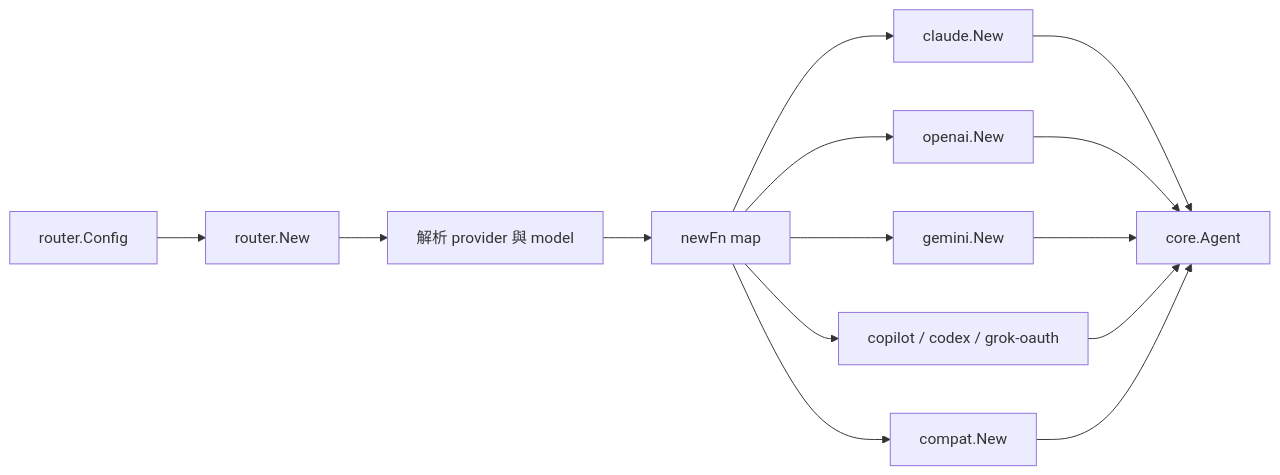
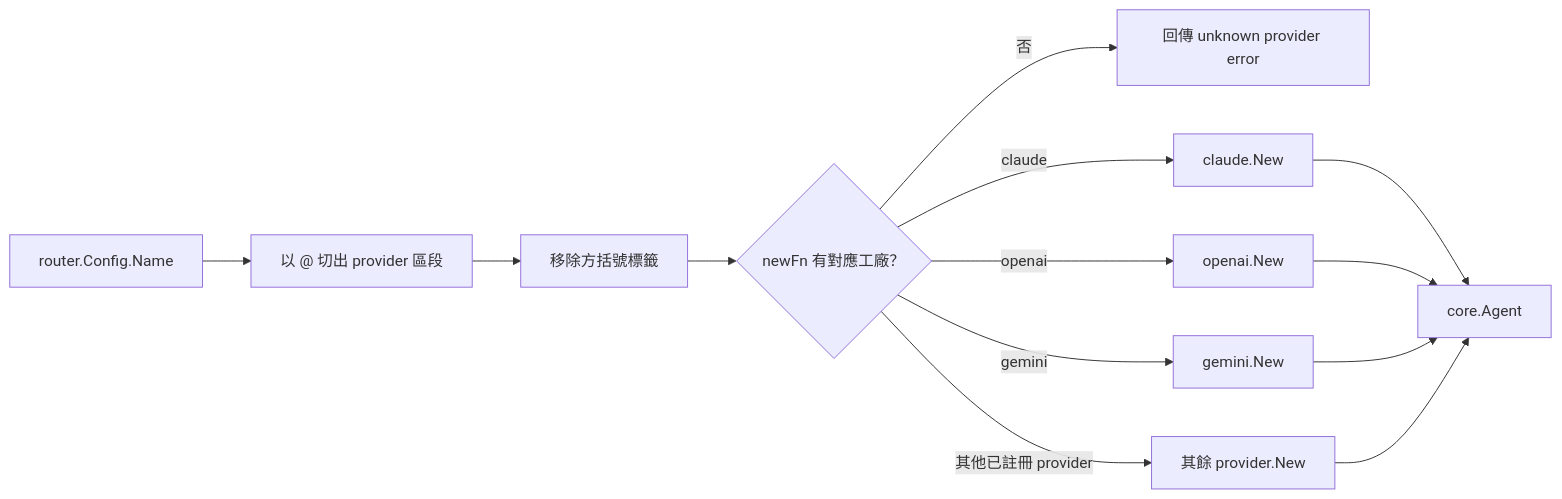
Before and after one commit to pardnchiu/go-llm-router: the third of 10 diagrams in doc/architecture.zh.md, drawn with Mermaid. The commit also changed other lines of this file and 3 other files, not shown here.

Commit message:
doc: Expand API and architecture documentation

````diff
--- a/doc/architecture.zh.md
+++ b/doc/architecture.zh.md
@@ -44,16 +111,20 @@
 ```mermaid
-graph LR
-    Config[router.Config] --> New[router.New]
-    New --> Parse[解析 provider 與 model]
-    Parse --> Map[newFn map]
-    Map --> Claude[claude.New]
-    Map --> OpenAI[openai.New]
-    Map --> Gemini[gemini.New]
-    Map --> OAuthP[copilot / codex / grok-oauth]
-    Map --> Compat[compat.New]
-    Claude --> Agent[core.Agent]
-    OpenAI --> Agent
-    Gemini --> Agent
-    OAuthP --> Agent
-    Compat --> Agent
+flowchart LR
+    Input[router.Config.Name]
+    SplitAt[以 @ 切出 provider 區段]
+    StripTag[移除方括號標籤]
+    Factory{newFn 有對應工廠？}
+    Error[回傳 unknown provider error]
+    Claude[claude.New]
+    OpenAI[openai.New]
+    Gemini[gemini.New]
+    Others[其餘 provider.New]
+    Agent[core.Agent]
+
+    Input --> SplitAt --> StripTag --> Factory
+    Factory -->|否| Error
+    Factory -->|claude| Claude --> Agent
+    Factory -->|openai| OpenAI --> Agent
+    Factory -->|gemini| Gemini --> Agent
+    Factory -->|其他已註冊 provider| Others --> Agent
 ```
````
